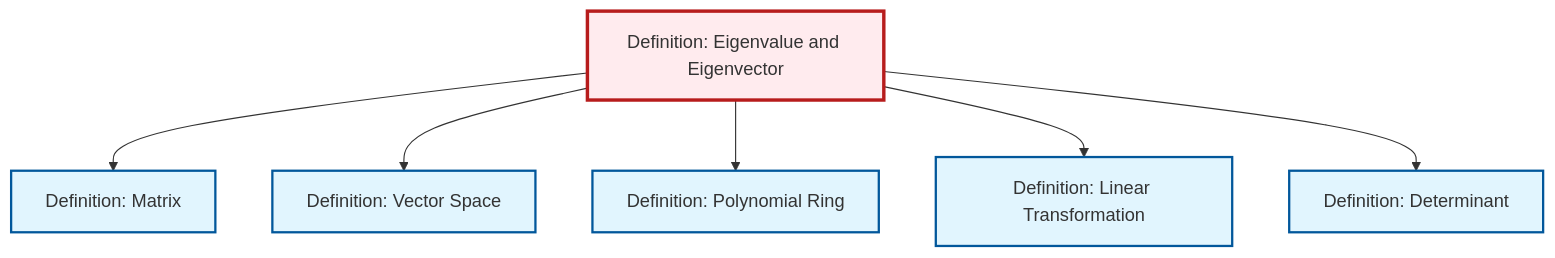
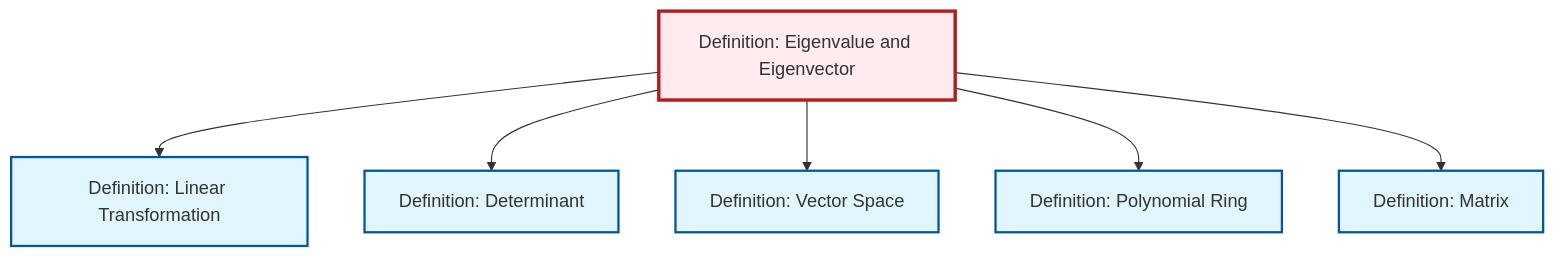
One commit to RK0429/ModernMath changed the diagram in content/en/algebra/def-eigenvalue-eigenvector.qmd. Above: the diagram before and after it, drawn with Mermaid. The commit also changed other lines of this file and 634 other files, not shown here.

````diff
--- a/content/en/algebra/def-eigenvalue-eigenvector.qmd
+++ b/content/en/algebra/def-eigenvalue-eigenvector.qmd
@@ -74,26 +74,26 @@
 ```{mermaid}
 %%| fig-cap: "Local dependency graph"
 graph TD
     classDef definition fill:#e1f5fe,stroke:#01579b,stroke-width:2px
     classDef theorem fill:#f3e5f5,stroke:#4a148c,stroke-width:2px
     classDef axiom fill:#fff3e0,stroke:#e65100,stroke-width:2px
     classDef example fill:#e8f5e9,stroke:#1b5e20,stroke-width:2px
     classDef current fill:#ffebee,stroke:#b71c1c,stroke-width:3px
+    def-eigenvalue-eigenvector["Definition: Eigenvalue and Eigenvector"]:::definition
     def-determinant["Definition: Determinant"]:::definition
-    def-eigenvalue-eigenvector["Definition: Eigenvalue and Eigenvector"]:::definition
     def-linear-transformation["Definition: Linear Transformation"]:::definition
-    def-polynomial-ring["Definition: Polynomial Ring"]:::definition
     def-matrix["Definition: Matrix"]:::definition
     def-vector-space["Definition: Vector Space"]:::definition
-    def-eigenvalue-eigenvector --> def-matrix
+    def-polynomial-ring["Definition: Polynomial Ring"]:::definition
+    def-eigenvalue-eigenvector --> def-linear-transformation
+    def-eigenvalue-eigenvector --> def-determinant
     def-eigenvalue-eigenvector --> def-vector-space
     def-eigenvalue-eigenvector --> def-polynomial-ring
-    def-eigenvalue-eigenvector --> def-linear-transformation
-    def-eigenvalue-eigenvector --> def-determinant
+    def-eigenvalue-eigenvector --> def-matrix
     class def-eigenvalue-eigenvector current
     click def-determinant "def-determinant.html" "Go to Determinant definition"
     click def-linear-transformation "def-linear-transformation.html" "Go to Linear Transformation definition"
-    click def-polynomial-ring "def-polynomial-ring.html" "Go to Polynomial Ring definition"
     click def-matrix "def-matrix.html" "Go to Matrix definition"
     click def-vector-space "def-vector-space.html" "Go to Vector Space definition"
+    click def-polynomial-ring "def-polynomial-ring.html" "Go to Polynomial Ring definition"
 ```
````
